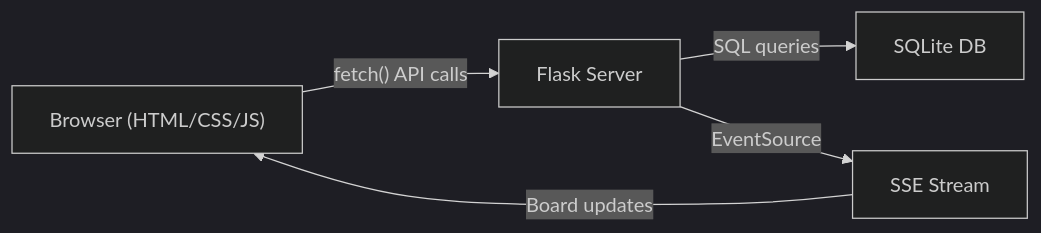
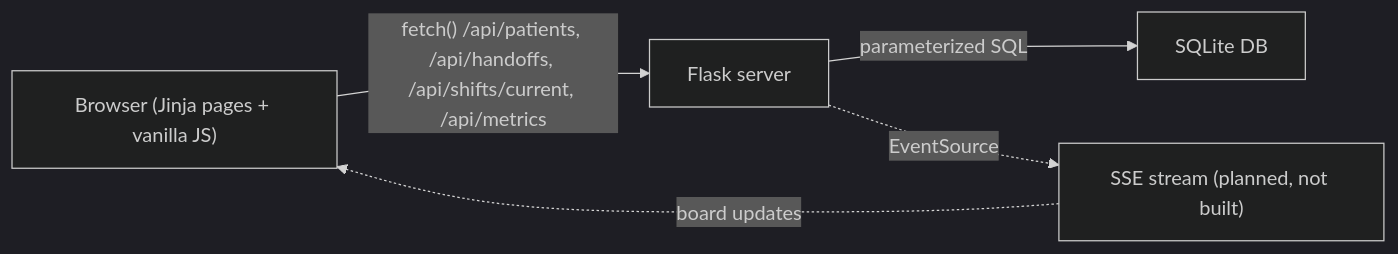
Before and after one commit to seansooch-byte/patient-handoff-tracker: the diagram in ARCHITECTURE.md, drawn with Mermaid (dark theme). The commit also changed other lines of this file and 32 other files, not shown here.

First line of the commit message:
Edition 2 "Chart Tab": frontend redesign on a new base, named receivers

````diff
--- a/ARCHITECTURE.md
+++ b/ARCHITECTURE.md
@@ -11,12 +11,12 @@
 ```mermaid
 graph LR
-    Browser["Browser (HTML/CSS/JS)"]
-    Flask["Flask Server"]
+    Browser["Browser (Jinja pages + vanilla JS)"]
+    Flask["Flask server"]
     SQLite["SQLite DB"]
-    SSE["SSE Stream"]
+    SSE["SSE stream (planned, not built)"]
 
-    Browser -->|"fetch() API calls"| Flask
-    Flask -->|"SQL queries"| SQLite
-    Flask -->|"EventSource"| SSE
-    SSE -->|"Board updates"| Browser
+    Browser -->|"fetch() /api/patients, /api/handoffs, /api/shifts/current, /api/metrics"| Flask
+    Flask -->|"parameterized SQL"| SQLite
+    Flask -.->|"EventSource"| SSE
+    SSE -.->|"board updates"| Browser
 ```
````
